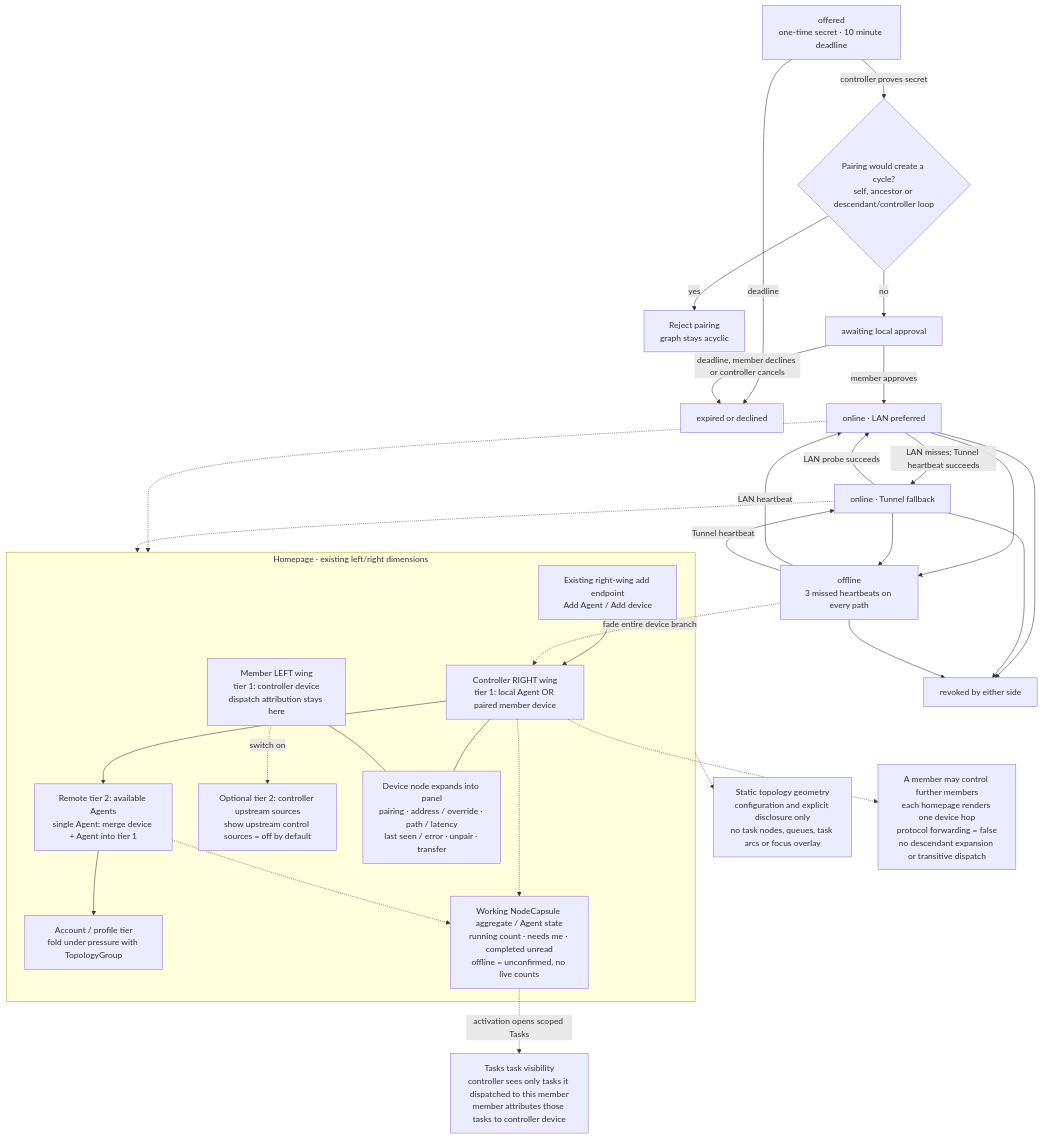
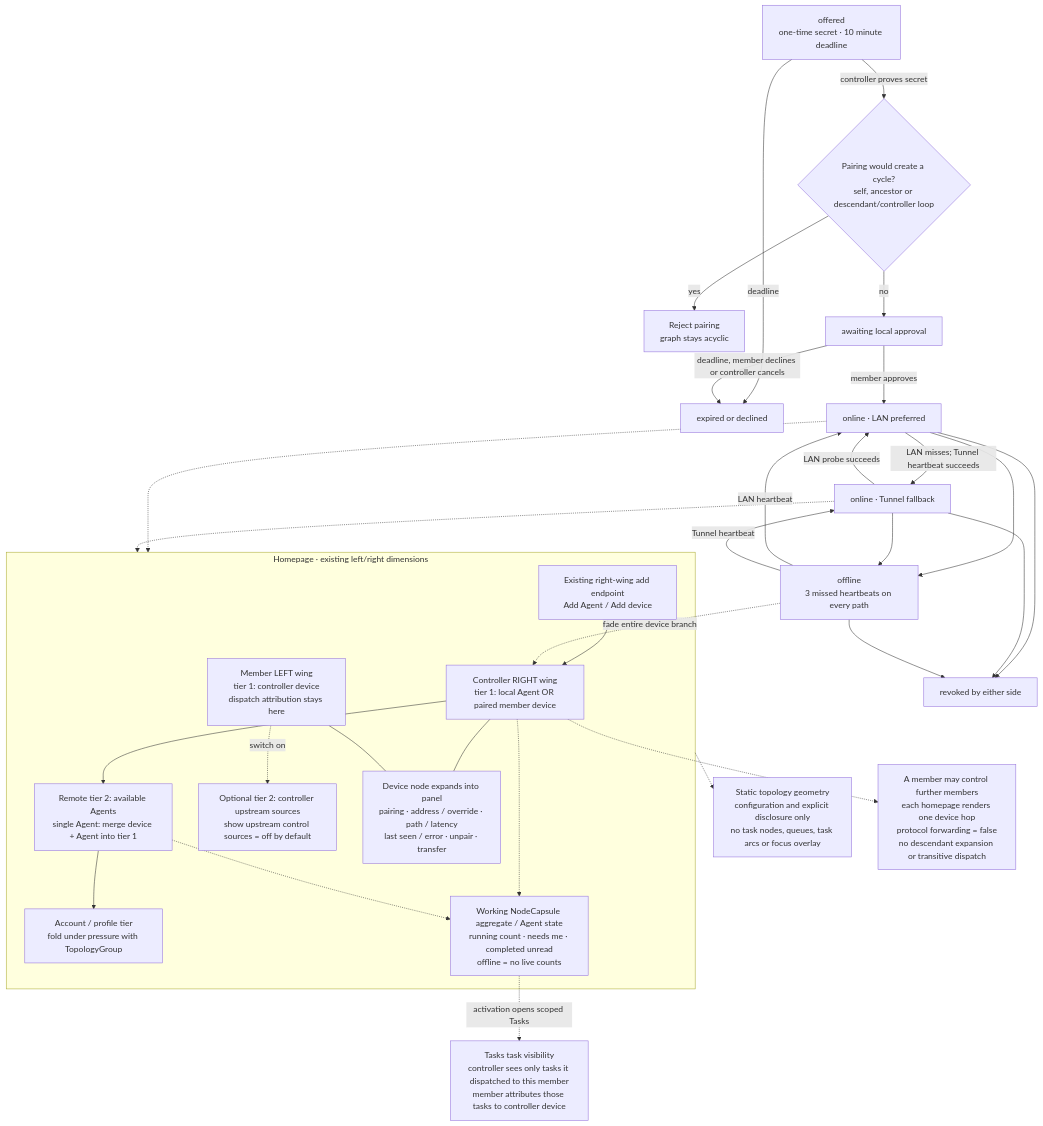
One commit to whzxc/agent-remote-control changed the diagram in arch/mechanisms/device-link.mmd. Above: the diagram before and after it, drawn with Mermaid. The commit also changed 34 other files, not shown here.

```diff
--- a/arch/mechanisms/device-link.mmd
+++ b/arch/mechanisms/device-link.mmd
@@ -1,57 +1,57 @@
 %% Device link (layer 2): pairing guard and one-hop homepage projections.
 %% Index and code mapping: docs/dev/arch-assets.md
 flowchart TB
   offer["offered<br/>one-time secret · 10 minute deadline"]
   guard{"Pairing would create a cycle?<br/>self, ancestor or descendant/controller loop"}
   reject["Reject pairing<br/>graph stays acyclic"]
   pending["awaiting local approval"]
   expired["expired or declined"]
   lan["online · LAN preferred"]
   tunnel["online · Tunnel fallback"]
   offline["offline<br/>3 missed heartbeats on every path"]
   revoked["revoked by either side"]
   offer -->|"controller proves secret"| guard
   guard -->|"yes"| reject
   guard -->|"no"| pending
   offer -->|"deadline"| expired
   pending -->|"deadline, member declines or controller cancels"| expired
   pending -->|"member approves"| lan
   lan -->|"LAN misses; Tunnel heartbeat succeeds"| tunnel
   tunnel -->|"LAN probe succeeds"| lan
   lan --> offline
   tunnel --> offline
   offline -->|"LAN heartbeat"| lan
   offline -->|"Tunnel heartbeat"| tunnel
   lan --> revoked
   tunnel --> revoked
   offline --> revoked
   subgraph VIEW["Homepage · existing left/right dimensions"]
     right["Controller RIGHT wing<br/>tier 1: local Agent OR paired member device"]
     agent["Remote tier 2: available Agents<br/>single Agent: merge device + Agent into tier 1"]
     account["Account / profile tier<br/>fold under pressure with TopologyGroup"]
-    badges["Working NodeCapsule aggregate / Agent state<br/>running count · needs me · completed unread<br/>offline = unconfirmed, no live counts"]
+    badges["Working NodeCapsule aggregate / Agent state<br/>running count · needs me · completed unread<br/>offline = no live counts"]
     left["Member LEFT wing<br/>tier 1: controller device<br/>dispatch attribution stays here"]
     upstream["Optional tier 2: controller upstream sources<br/>show upstream control sources = off by default"]
     management["Device node expands into panel<br/>pairing · address / override · path / latency<br/>last seen / error · unpair · transfer"]
     add["Existing right-wing add endpoint<br/>Add Agent / Add device"]
     right --> agent --> account
     right -.-> badges
     agent -.-> badges
     left -.->|"switch on"| upstream
     right --- management
     left --- management
     add --> right
   end
   geometry["Static topology geometry<br/>configuration and explicit disclosure only<br/>no task nodes, queues, task arcs or focus overlay"]
   visibility["Tasks task visibility<br/>controller sees only tasks it dispatched to this member<br/>member attributes those tasks to controller device"]
   VIEW -.-> geometry
   badges -.->|"activation opens scoped Tasks"| visibility
   lan -.-> VIEW
   tunnel -.-> VIEW
   offline -.->|"fade entire device branch"| right
   nesting["A member may control further members<br/>each homepage renders one device hop<br/>protocol forwarding = false<br/>no descendant expansion or transitive dispatch"]
   right -.-> nesting
   class offer,pending waiting
   class lan,tunnel done
   class offline,expired,revoked,reject stopped
   class right,agent,account,badges,geometry,visibility,left,upstream,management,add,nesting experimental
```
